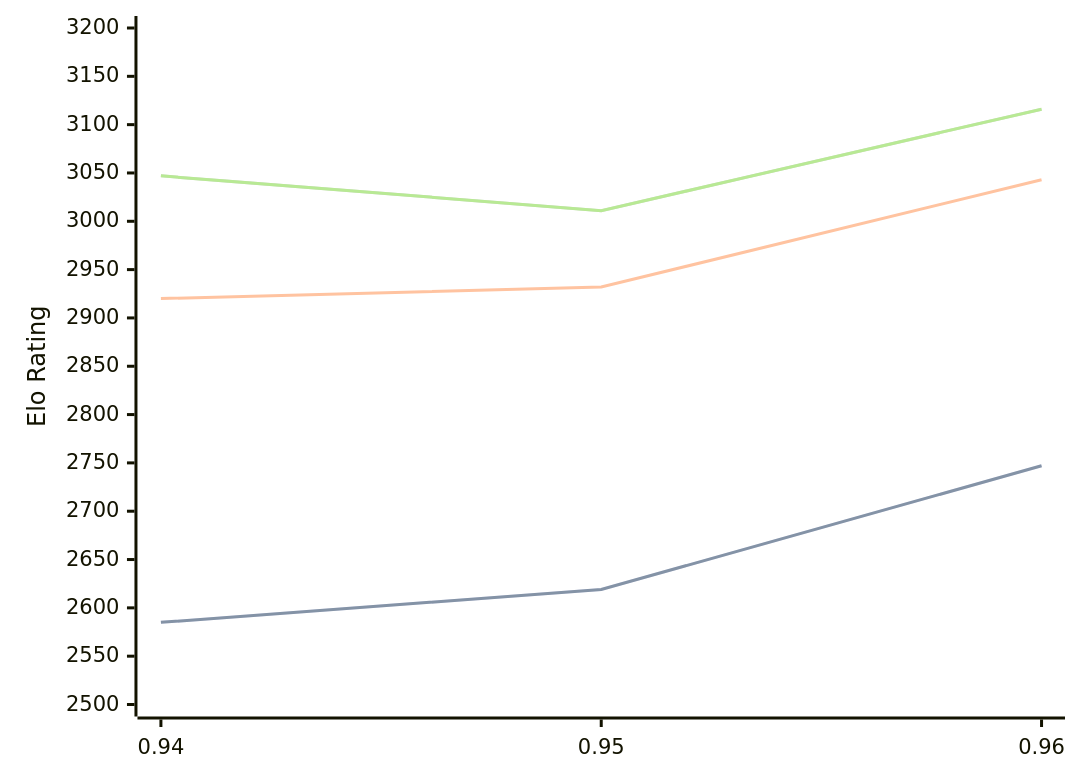
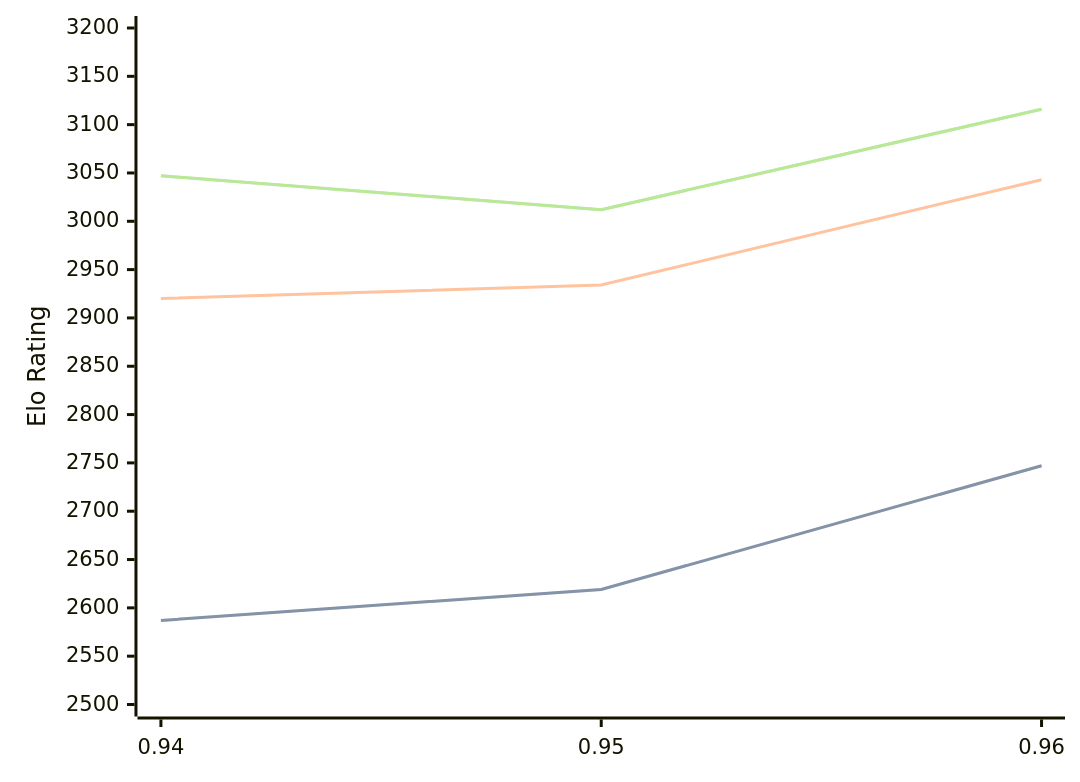
One commit to computer-chess-index/cci changed the first of 3 diagrams in engines/Myrddin.md. Above: the diagram before and after it, drawn with Mermaid. The commit also changed other lines of this file, not shown here.

Commit message:
Update CCI Ratings (ELO VLTC) - 2026-07-08

````diff
--- a/engines/Myrddin.md
+++ b/engines/Myrddin.md
@@ -38,11 +38,11 @@
 ```mermaid
 %%{init: {"theme":"base","themeVariables":{"seriesColors:['#a3a3a3','#222221','#faa371']}}}%%
 xychart-beta
   x-axis ["0.94", "0.95", "0.96"]
   y-axis "Elo Rating" 2500 --> 3200
-  line "STC (8.0+0.08s)" [2585, 2619, 2747]
-  line "STC (8.0+0.08s)" [2585, 2619, 2747]
-  line "LTC (60.0+0.60s)" [2920, 2932, 3043]
-  line "VLTC (2m24s+1.12s)" [3047, 3011, 3116]
-  line "VLTC (2m24s+1.12s)" [3047, 3011, 3116]
+  line "STC (8.0+0.08s)" [2587, 2619, 2747]
+  line "STC (8.0+0.08s)" [2587, 2619, 2747]
+  line "LTC (60.0+0.60s)" [2920, 2934, 3043]
+  line "VLTC (2m24s+1.12s)" [3047, 3012, 3116]
+  line "VLTC (2m24s+1.12s)" [3047, 3012, 3116]
 ```
````
